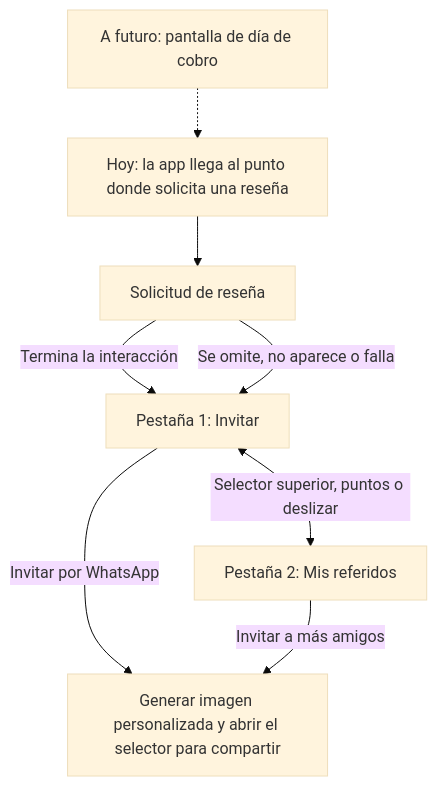
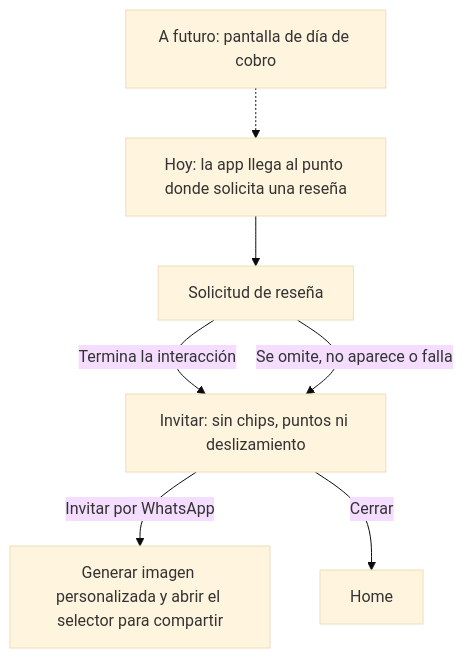
The second of 2 diagrams in README.md (oscarmiranda90/tuturno-referidos-mini), drawn with Mermaid (base theme) before and after one commit. The commit also changed other lines of this file and 5 other files, not shown here.

Commit message:
Use invite-only presentation after review and tabbed referral flow from Home

````diff
--- a/README.md
+++ b/README.md
@@ -57,10 +64,9 @@
 ```mermaid
 flowchart TD
     F["A futuro: pantalla de día de cobro"] -.-> E
     E["Hoy: la app llega al punto donde solicita una reseña"] --> Q["Solicitud de reseña"]
-    Q -->|Termina la interacción| I["Pestaña 1: Invitar"]
+    Q -->|Termina la interacción| I["Invitar: sin chips, puntos ni deslizamiento"]
     Q -->|Se omite, no aparece o falla| I
-    I <-->|Selector superior, puntos o deslizar| R["Pestaña 2: Mis referidos"]
     I -->|Invitar por WhatsApp| G["Generar imagen personalizada y abrir el selector para compartir"]
-    R -->|Invitar a más amigos| G
+    I -->|Cerrar| H["Home"]
 ```
````
